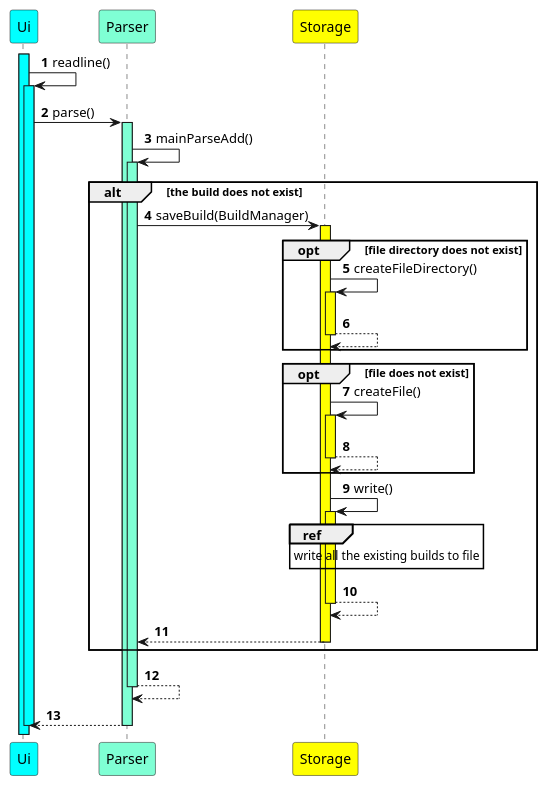
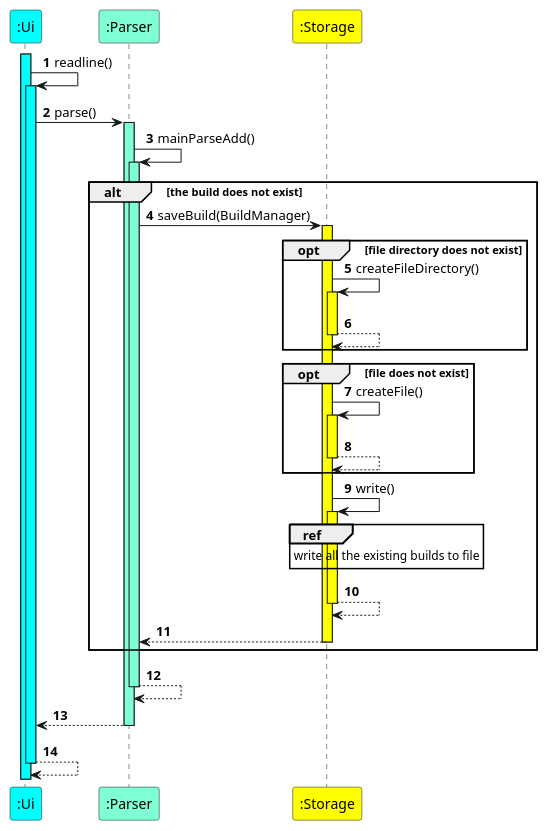
One commit to nus-cs2113-AY2223S1/tp changed the diagram in docs/puml/StorageSaveBuildSequence.puml. Above: the diagram before and after it, drawn with PlantUML. The commit also changed 22 other files, not shown here.

```diff
--- a/docs/puml/StorageSaveBuildSequence.puml
+++ b/docs/puml/StorageSaveBuildSequence.puml
@@ -1,44 +1,44 @@
 @startuml
 'https://plantuml.com/sequence-diagram
 
 autonumber
-Participant "Ui" as Ui #Aqua
-Participant "Parser" as parser #AquaMarine
-Participant "Storage" as Storage #Yellow
+Participant ":Ui" as Ui #Aqua
+Participant ":Parser" as parser #AquaMarine
+Participant ":Storage" as Storage #Yellow
 
 activate Ui #Aqua
 Ui -> Ui: readline()
 activate Ui #Aqua
 Ui -> parser: parse()
 activate parser #AquaMarine
 parser -> parser : mainParseAdd()
 activate parser #AquaMarine
 
 alt the build does not exist
     parser -> Storage: saveBuild(BuildManager)
     activate Storage #Yellow
     opt file directory does not exist
         Storage -> Storage: createFileDirectory()
         activate Storage #Yellow
         return
     end
     opt file does not exist
         Storage -> Storage: createFile()
         activate Storage #Yellow
         return
     end
     Storage -> Storage: write()
     activate Storage #Yellow
     ref over Storage: write all the existing builds to file
     return
     return
 end
 
 return
 return
 
-deactivate Ui
+return
 
 
 
 @enduml
```
